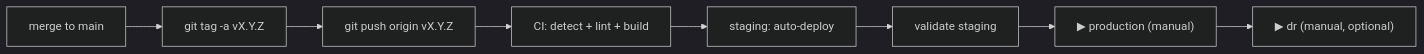
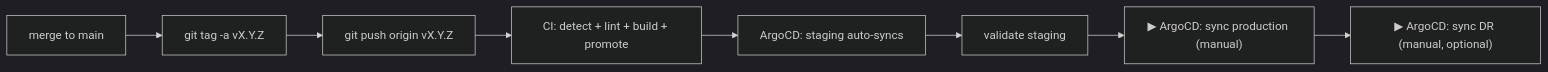
The diagram in RELEASING.md (idokuli/Zabbix_Portal), drawn with Mermaid (dark theme) before and after one commit. The commit also changed other lines of this file and 186 other files, not shown here.

````diff
--- a/RELEASING.md
+++ b/RELEASING.md
@@ -45,10 +43,10 @@
 ```mermaid
 flowchart LR
     A["merge to main"] --> B["git tag -a vX.Y.Z"]
     B --> C["git push origin vX.Y.Z"]
-    C --> D["CI: detect + lint + build"]
-    D --> E["staging: auto-deploy"]
+    C --> D["CI: detect + lint + build + promote"]
+    D --> E["ArgoCD: staging auto-syncs"]
     E --> F["validate staging"]
-    F --> G["▶ production (manual)"]
-    G --> H["▶ dr (manual, optional)"]
+    F --> G["▶ ArgoCD: sync production (manual)"]
+    G --> H["▶ ArgoCD: sync DR (manual, optional)"]
 ```
````
